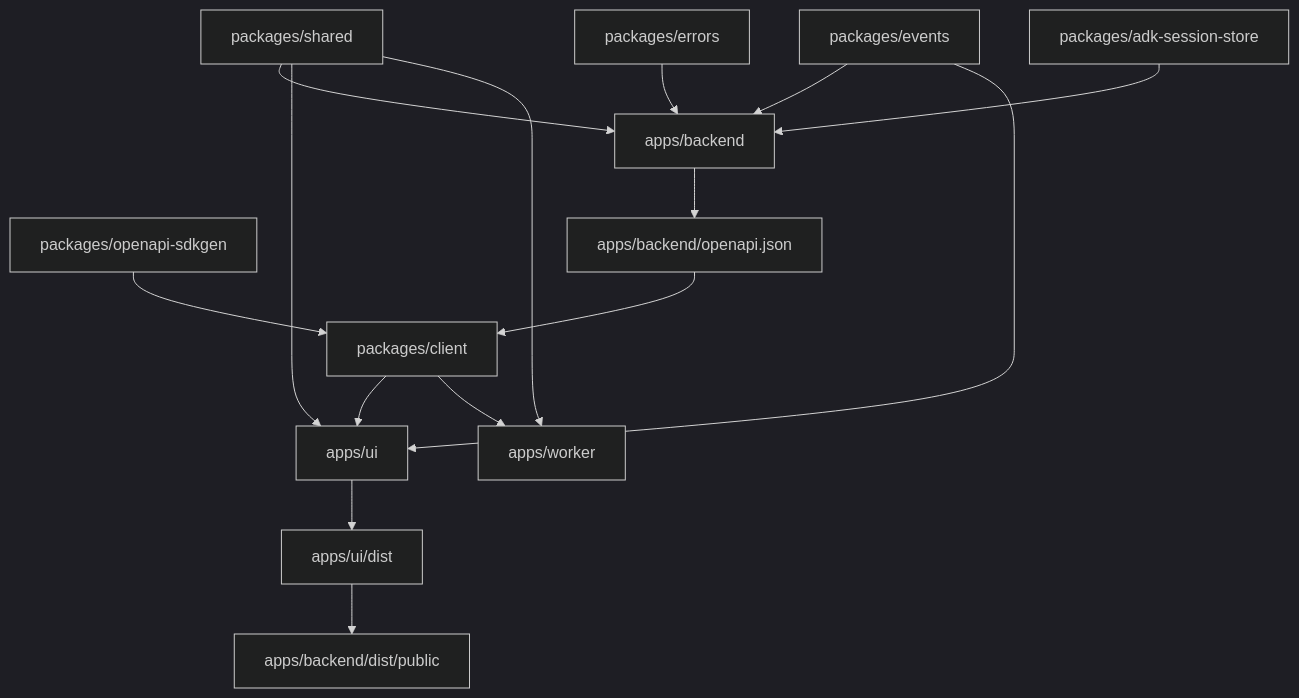
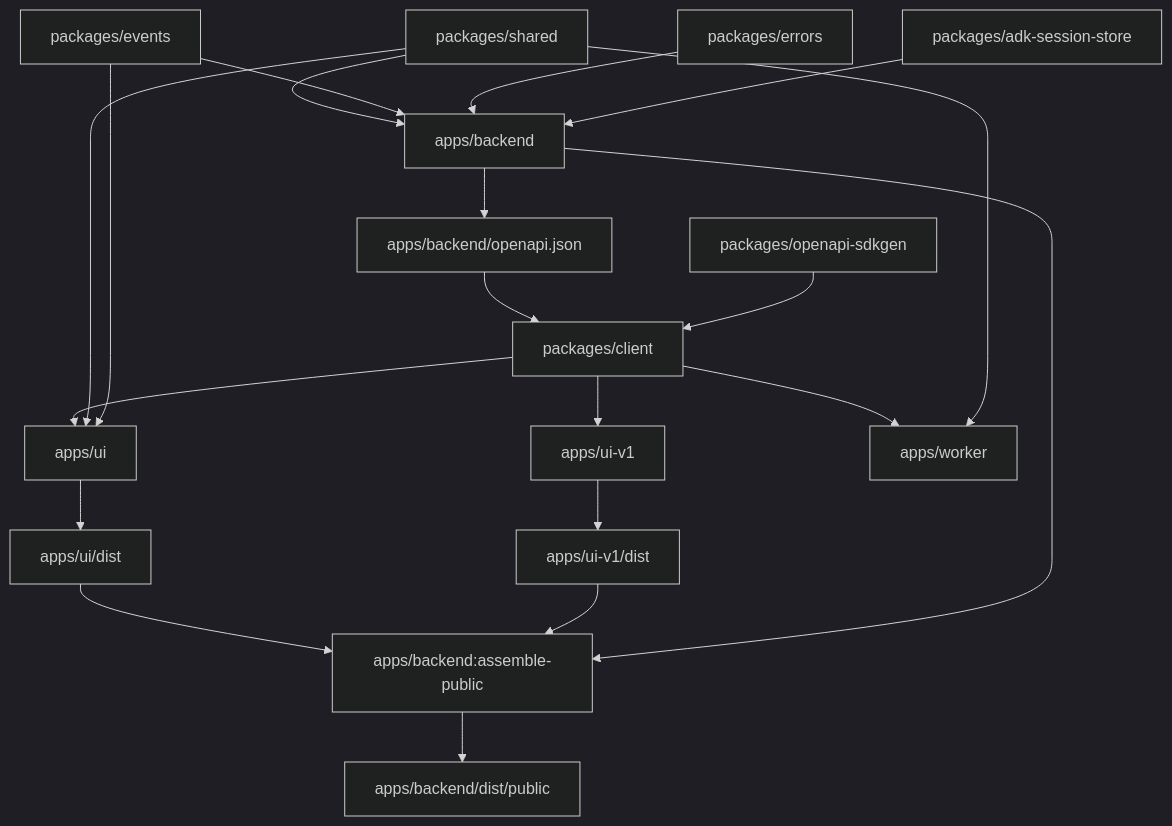
One commit to taico-app/taico-codex changed the diagram in dependencies.md. Above: the diagram before and after it, drawn with Mermaid (dark theme). The commit also changed other lines of this file and 21 other files, not shown here.

First line of the commit message:
feat(build): migrate to nx for task graph + caching (#891)

````diff
--- a/dependencies.md
+++ b/dependencies.md
@@ -102,35 +109,44 @@
 ```mermaid
 flowchart TD
   shared["packages/shared"]
   events["packages/events"]
   errors["packages/errors"]
   adk["packages/adk-session-store"]
   sdkgen["packages/openapi-sdkgen"]
 
   backend["apps/backend"]
   backendSpec["apps/backend/openapi.json"]
   client["packages/client"]
   ui["apps/ui"]
+  uiV1["apps/ui-v1"]
   uiDist["apps/ui/dist"]
+  uiV1Dist["apps/ui-v1/dist"]
+  assemble["apps/backend:assemble-public"]
   backendPublic["apps/backend/dist/public"]
   worker["apps/worker"]
 
   shared --> backend
   events --> backend
   errors --> backend
   adk --> backend
 
   backend --> backendSpec
   backendSpec --> client
   sdkgen --> client
 
   client --> ui
   shared --> ui
   events --> ui
 
+  client --> uiV1
+
   client --> worker
   shared --> worker
 
   ui --> uiDist
-  uiDist --> backendPublic
+  uiV1 --> uiV1Dist
+  uiDist --> assemble
+  uiV1Dist --> assemble
+  backend --> assemble
+  assemble --> backendPublic
 ```
````
